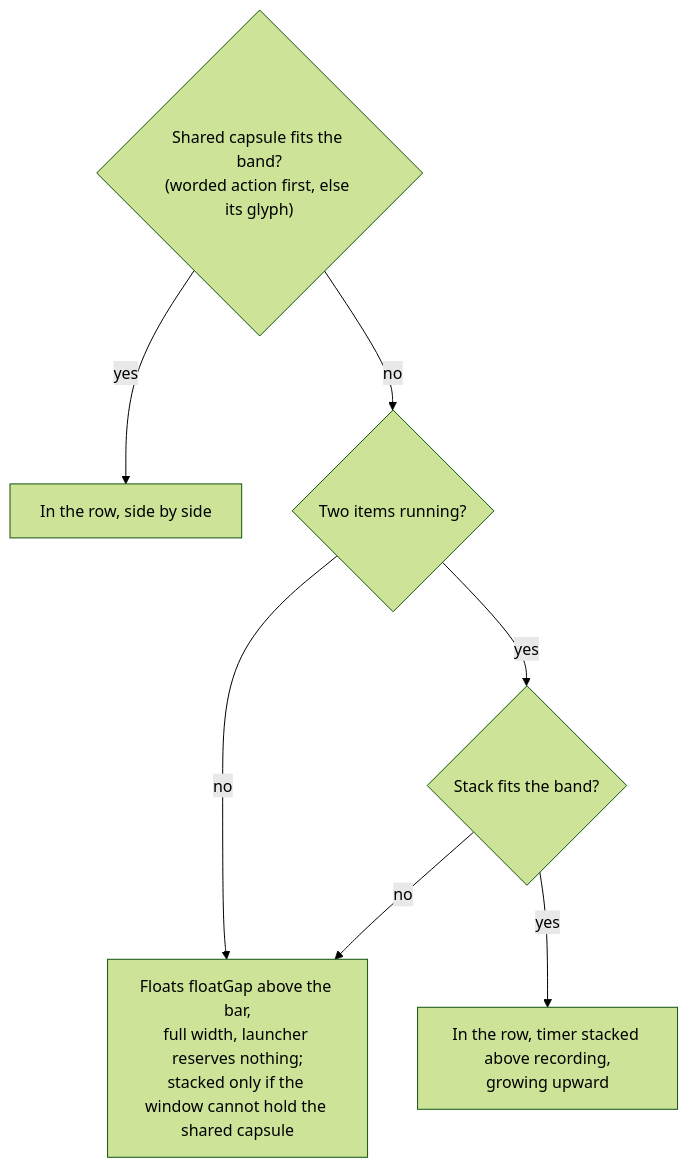
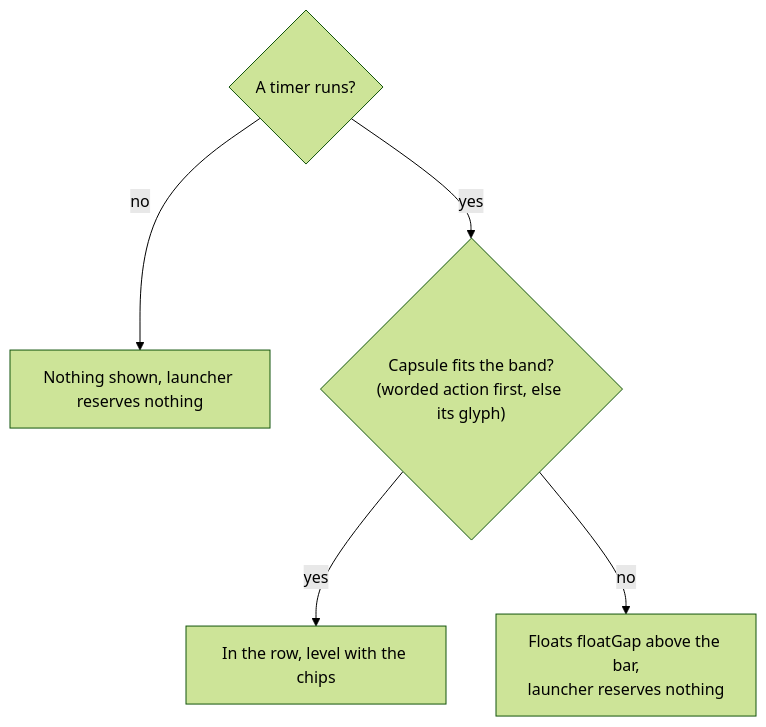
The seventh of 7 diagrams in knowledge/architecture/navigation.md (matthiasn/lotti), drawn with Mermaid (forest theme) before and after one commit. The commit also changed other lines of this file and 154 other files, not shown here.

````diff
--- a/knowledge/architecture/navigation.md
+++ b/knowledge/architecture/navigation.md
@@ -756,10 +802,8 @@
 ```mermaid
 flowchart TD
-  Shared{"Shared capsule fits the band?<br/>(worded action first, else its glyph)"}
-  Shared -->|yes| InRowShared["In the row, side by side"]
-  Shared -->|no| Two{"Two items running?"}
-  Two -->|no| Float
-  Two -->|yes| Stack{"Stack fits the band?"}
-  Stack -->|yes| InRowStack["In the row, timer stacked above recording,<br/>growing upward"]
-  Stack -->|no| Float["Floats floatGap above the bar,<br/>full width, launcher reserves nothing;<br/>stacked only if the window cannot hold the shared capsule"]
+  Timer{"A timer runs?"}
+  Timer -->|no| None["Nothing shown, launcher reserves nothing"]
+  Timer -->|yes| Fits{"Capsule fits the band?<br/>(worded action first, else its glyph)"}
+  Fits -->|yes| InRow["In the row, level with the chips"]
+  Fits -->|no| Float["Floats floatGap above the bar,<br/>launcher reserves nothing"]
 ```
````
